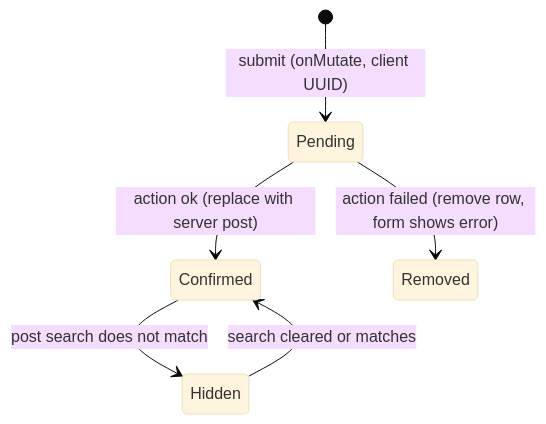
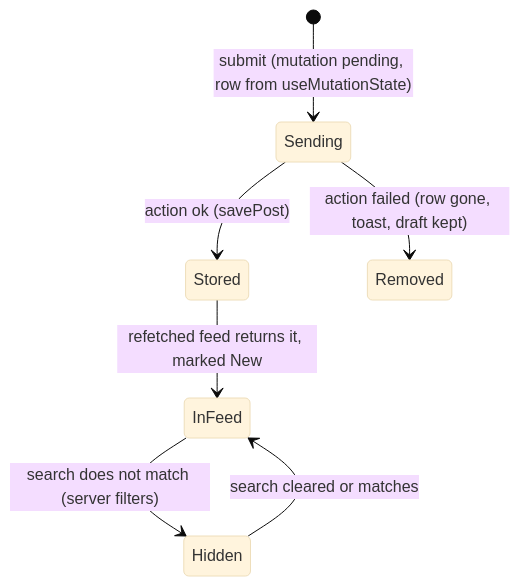
Before and after one commit to Val020213/user-feed: the second of 2 diagrams in docs/plans/2026-11-15-1741-feat-user-feed-take-home-plan.md, drawn with Mermaid (base theme). The commit also changed other lines of this file, not shown here.

````diff
--- a/docs/plans/2026-11-15-1741-feat-user-feed-take-home-plan.md
+++ b/docs/plans/2026-11-15-1741-feat-user-feed-take-home-plan.md
@@ -170,8 +184,9 @@
 ```mermaid
 stateDiagram-v2
-  [*] --> Pending: submit (onMutate, client UUID)
-  Pending --> Confirmed: action ok (replace with server post)
-  Pending --> Removed: action failed (remove row, form shows error)
-  Confirmed --> Hidden: post search does not match
-  Hidden --> Confirmed: search cleared or matches
+  [*] --> Sending: submit (mutation pending, row from useMutationState)
+  Sending --> Stored: action ok (savePost)
+  Stored --> InFeed: refetched feed returns it, marked New
+  Sending --> Removed: action failed (row gone, toast, draft kept)
+  InFeed --> Hidden: search does not match (server filters)
+  Hidden --> InFeed: search cleared or matches
 ```
````
